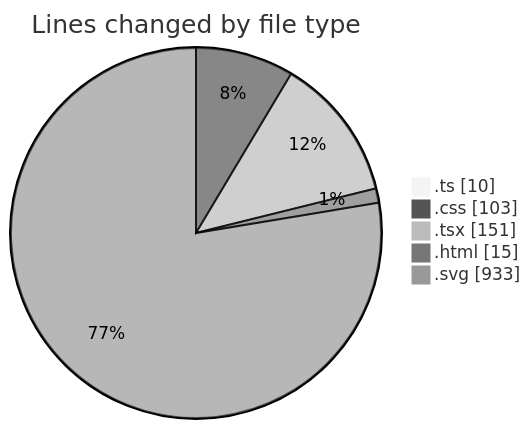
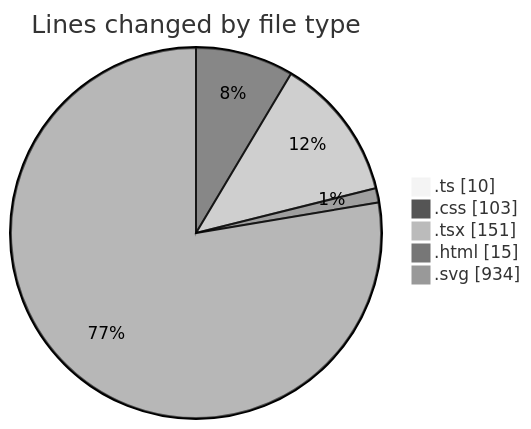
The first of 2 diagrams in 2025-07-31/tw-server/README.md (EIIisD/code-tracking), drawn with Mermaid (neutral theme) before and after one commit. The commit also changed other lines of this file and 1 other file, not shown here.

````diff
--- a/2025-07-31/tw-server/README.md
+++ b/2025-07-31/tw-server/README.md
@@ -32,9 +32,9 @@
 ```mermaid
 pie showData
 title Lines changed by file type
 ".ts" : 10
 ".css" : 103
 ".tsx" : 151
 ".html" : 15
-".svg" : 933
+".svg" : 934
 ```
````
